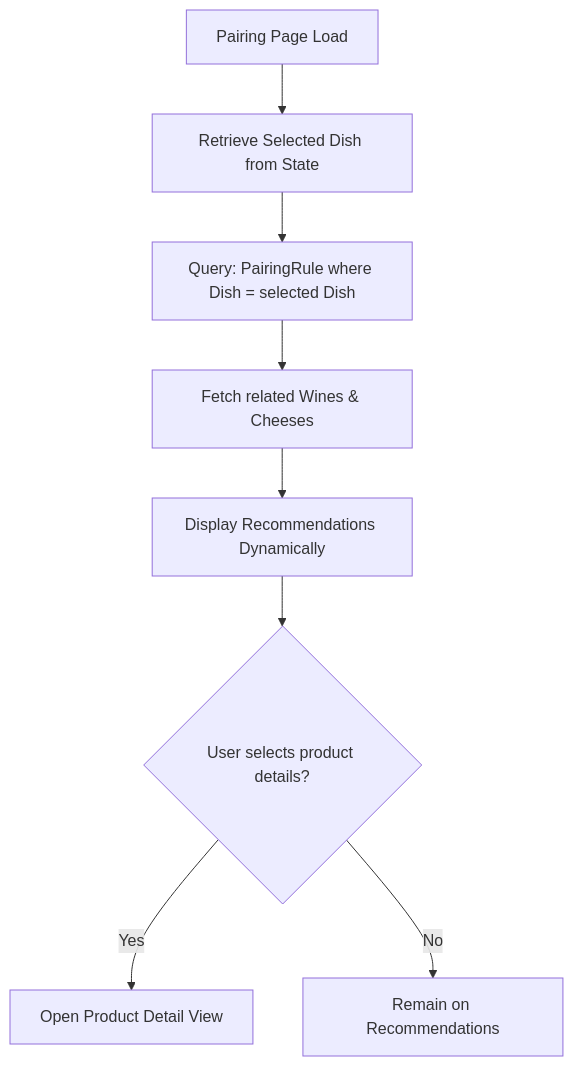
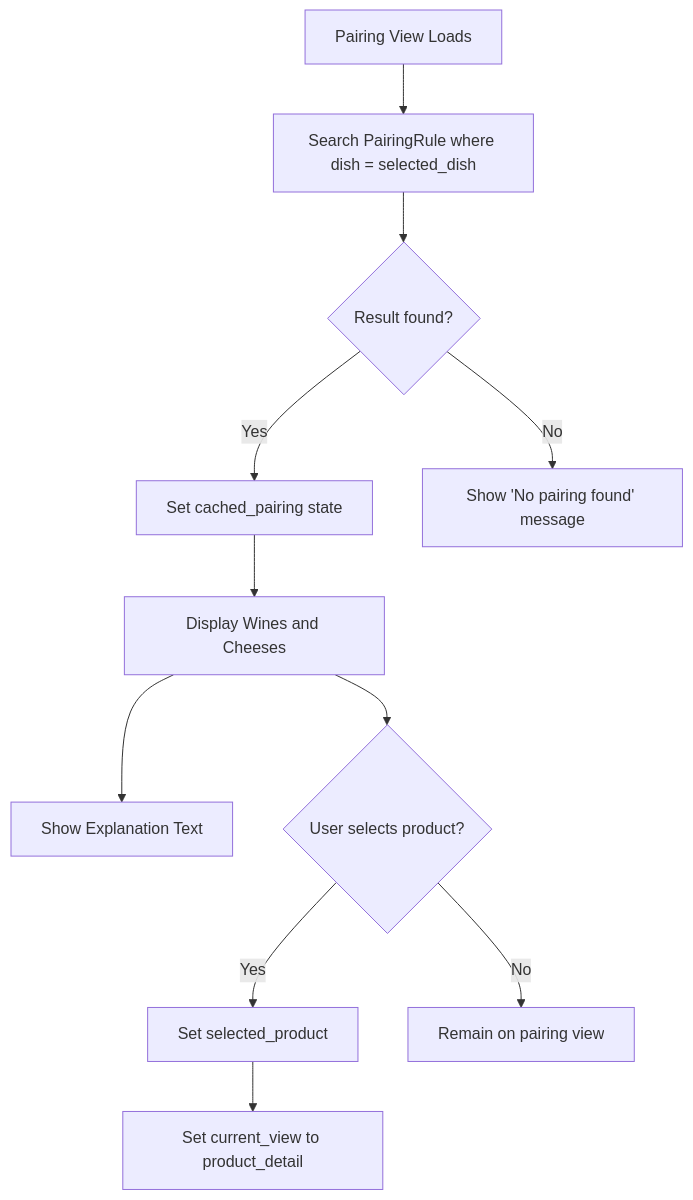
The fifth of 14 diagrams in Documents/TechnicalSpecification/technicalSpecification.md (algosup/2024-2025-project-5-bubble-intermarche-team-5), drawn with Mermaid before and after one commit. The commit also changed other lines of this file and 1 other file, not shown here.

````diff
--- a/Documents/TechnicalSpecification/technicalSpecification.md
+++ b/Documents/TechnicalSpecification/technicalSpecification.md
@@ -350,10 +633,13 @@
 ```mermaid
 flowchart TD
-    page_load[Pairing Page Load] --> get_dish_state[Retrieve Selected Dish from State]
-    get_dish_state --> query_rule["Query: PairingRule where Dish = selected Dish"]
-    query_rule --> fetch_related[Fetch related Wines & Cheeses]
-    fetch_related --> display_recommendations[Display Recommendations Dynamically]
-    display_recommendations --> select_product{User selects product details?}
-    select_product -->|Yes| open_detail[Open Product Detail View]
-    select_product -->|No| remain[Remain on Recommendations]
+    A[Pairing View Loads] --> B[Search PairingRule where dish = selected_dish]
+    B --> C{Result found?}
+    C -- Yes --> D[Set cached_pairing state]
+    D --> E[Display Wines and Cheeses]
+    E --> F[Show Explanation Text]
+    E --> G{User selects product?}
+    G -- Yes --> H[Set selected_product]
+    H --> I[Set current_view to product_detail]
+    G -- No --> J[Remain on pairing view]
+    C -- No --> K[Show 'No pairing found' message]
 ```
````
